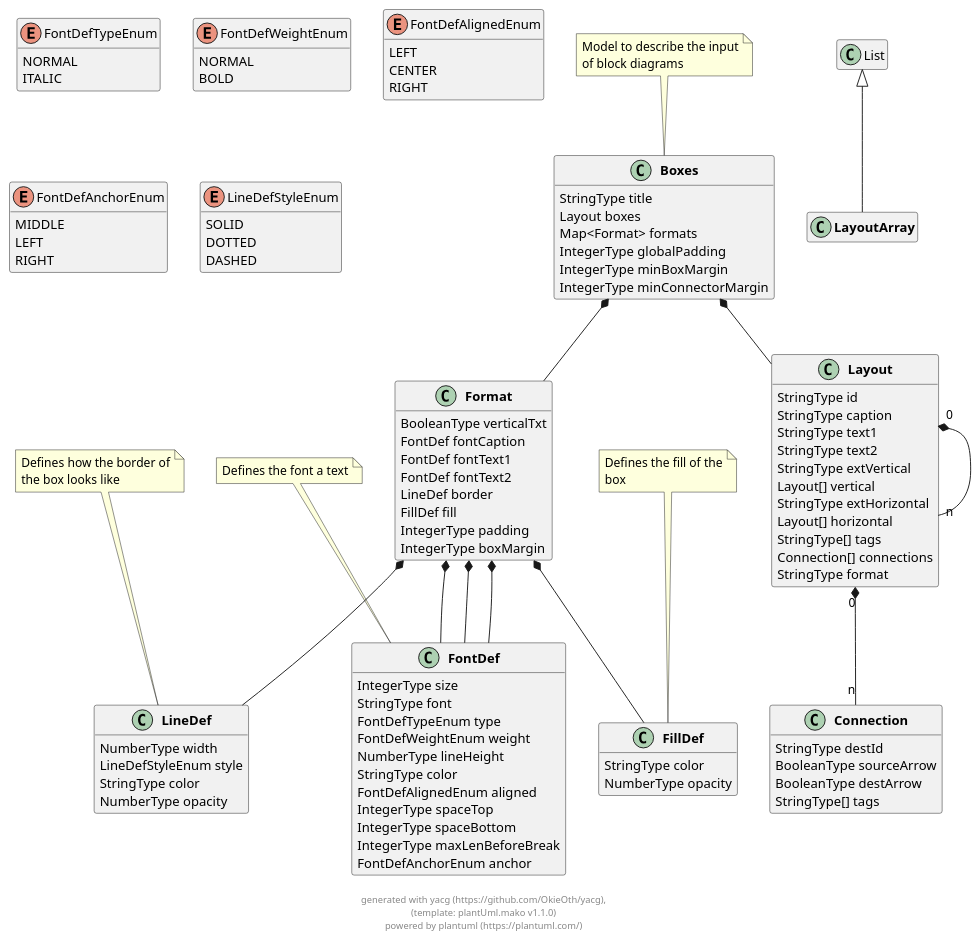
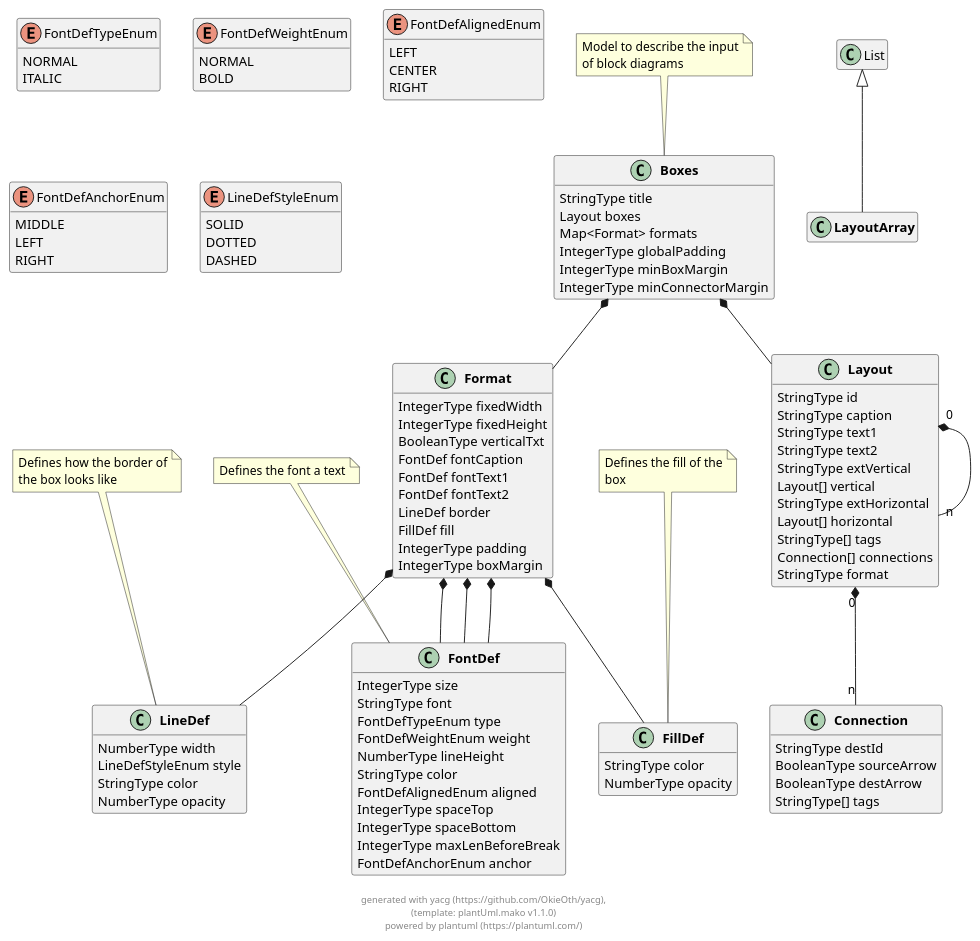
Before and after one commit to OkieOth/draw.chart.things: the diagram in docs/models/puml/boxes.puml, drawn with PlantUML. The commit also changed 12 other files, not shown here.

```diff
--- a/docs/models/puml/boxes.puml
+++ b/docs/models/puml/boxes.puml
@@ -2,195 +2,199 @@
 @startuml
 hide empty methods
 hide empty fields
 
 
 class "**Boxes**" as Boxes {
         StringType title
         Layout boxes
         Map<Format> formats
         IntegerType globalPadding
         IntegerType minBoxMargin
         IntegerType minConnectorMargin
 }
 note top: Model to describe the input\nof block diagrams
 
  
 
 class "**Layout**" as Layout {
         StringType id
         StringType caption
         StringType text1
         StringType text2
         StringType extVertical
         Layout[] vertical
         StringType extHorizontal
         Layout[] horizontal
         StringType[] tags
         Connection[] connections
         StringType format
 }
 
  
 
 
 class "**Format**" as Format {
+        IntegerType fixedWidth
+        IntegerType fixedHeight
         BooleanType verticalTxt
         FontDef fontCaption
         FontDef fontText1
         FontDef fontText2
         LineDef border
         FillDef fill
         IntegerType padding
         IntegerType boxMargin
 }
 
  
 
 class "**LayoutArray**" as LayoutArray extends List {
 }
 
 class "**Connection**" as Connection {
         StringType destId
         BooleanType sourceArrow
         BooleanType destArrow
         StringType[] tags
 }
 
  
 
 class "**FontDef**" as FontDef {
         IntegerType size
         StringType font
         FontDefTypeEnum type
         FontDefWeightEnum weight
         NumberType lineHeight
         StringType color
         FontDefAlignedEnum aligned
         IntegerType spaceTop
         IntegerType spaceBottom
         IntegerType maxLenBeforeBreak
         FontDefAnchorEnum anchor
 }
 note top: Defines the font a text
 
  
 
 enum "FontDefTypeEnum" as FontDefTypeEnum {
     NORMAL
     ITALIC
 }
 
 enum "FontDefWeightEnum" as FontDefWeightEnum {
     NORMAL
     BOLD
 }
 
 enum "FontDefAlignedEnum" as FontDefAlignedEnum {
     LEFT
     CENTER
     RIGHT
 }
 
 enum "FontDefAnchorEnum" as FontDefAnchorEnum {
     MIDDLE
     LEFT
     RIGHT
 }
 
 class "**LineDef**" as LineDef {
         NumberType width
         LineDefStyleEnum style
         StringType color
         NumberType opacity
 }
 note top: Defines how the border of\nthe box looks like
 
  
 
 enum "LineDefStyleEnum" as LineDefStyleEnum {
     SOLID
     DOTTED
     DASHED
 }
 
 class "**FillDef**" as FillDef {
         StringType color
         NumberType opacity
 }
 note top: Defines the fill of the\nbox
 
  
 
 
     
 
 Boxes  *--  Layout
 
 Boxes  *--  Format
 
 
 
 
     
 
 
 
 
 
 Layout "0" *-- "n" Layout
 
 
 
 
 Layout "0" *-- "n" Connection
 
 
     
     
 
+
+
 Format  *--  FontDef
 
 Format  *--  FontDef
 
 Format  *--  FontDef
 
 Format  *--  LineDef
 
 Format  *--  FillDef
 
 
 
     
     
 
 
 
 
     
 
 
 
 
 
 
 
 
 
 
 
     
     
     
     
     
 
 
 
 
     
     
 
 
 
 footer \ngenerated with yacg (https://github.com/OkieOth/yacg),\n(template: plantUml.mako v1.1.0)\npowered by plantuml (https://plantuml.com/)
 @enduml
```
